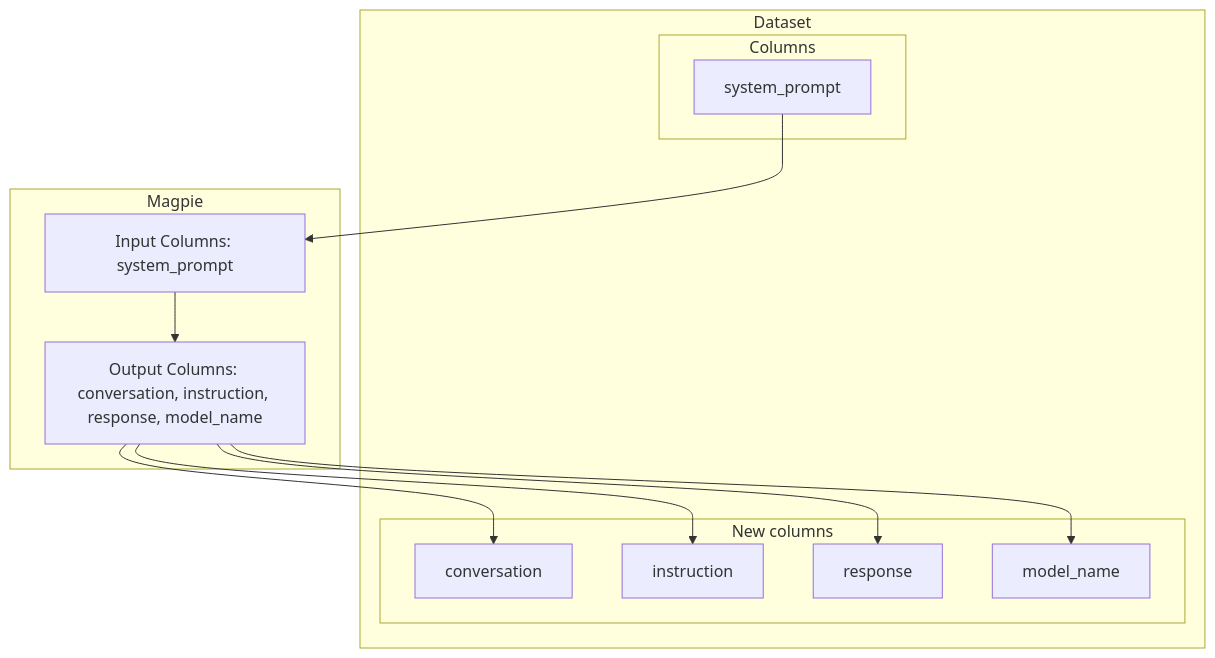
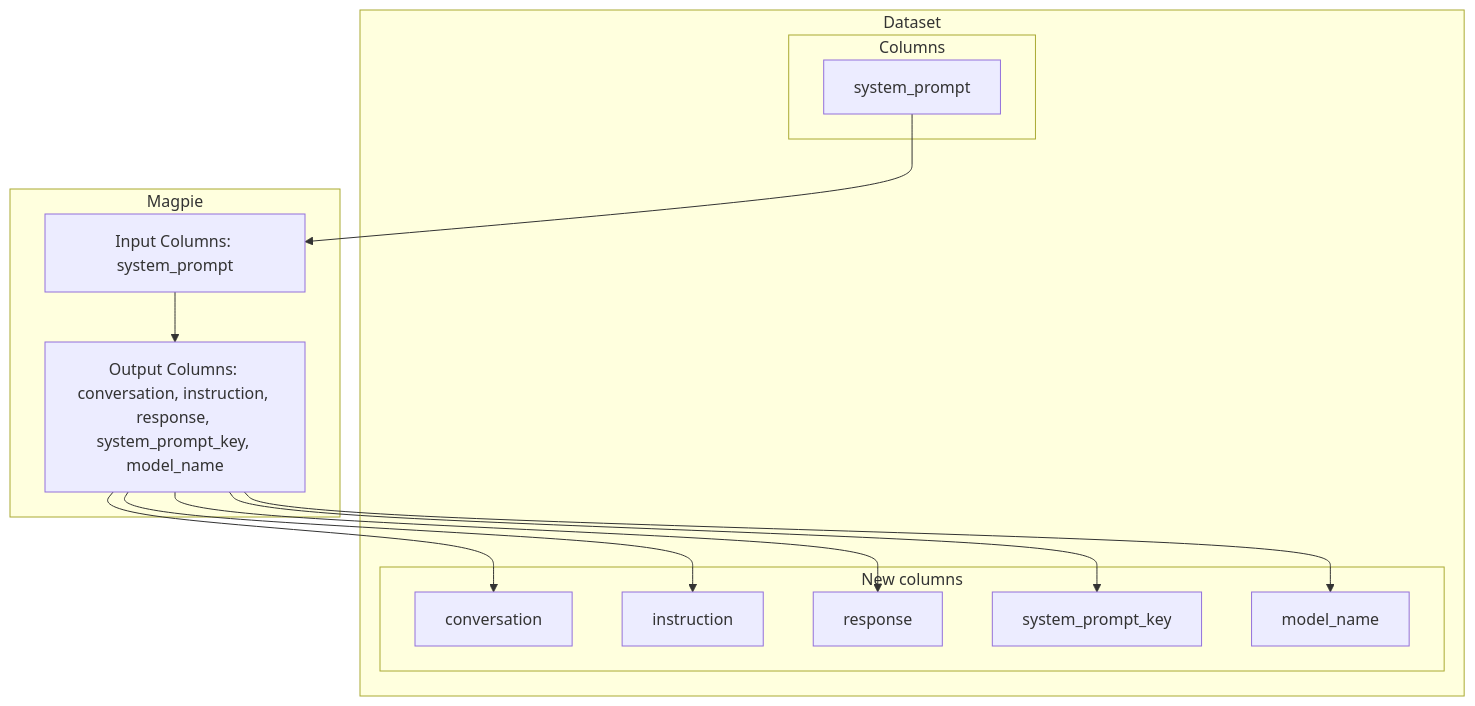
One commit to argilla-io/distilabel changed the diagram in dev/components-gallery/tasks/magpie.md. Above: the diagram before and after it, drawn with Mermaid. The commit also changed other lines of this file and 6 other files, not shown here.

````diff
--- a/dev/components-gallery/tasks/magpie.md
+++ b/dev/components-gallery/tasks/magpie.md
@@ -58,27 +58,29 @@
 ``` mermaid
 graph TD
 	subgraph Dataset
 		subgraph Columns
 			ICOL0[system_prompt]
 		end
 		subgraph New columns
 			OCOL0[conversation]
 			OCOL1[instruction]
 			OCOL2[response]
-			OCOL3[model_name]
+			OCOL3[system_prompt_key]
+			OCOL4[model_name]
 		end
 	end
 
 	subgraph Magpie
 		StepInput[Input Columns: system_prompt]
-		StepOutput[Output Columns: conversation, instruction, response, model_name]
+		StepOutput[Output Columns: conversation, instruction, response, system_prompt_key, model_name]
 	end
 
 	ICOL0 --> StepInput
 	StepOutput --> OCOL0
 	StepOutput --> OCOL1
 	StepOutput --> OCOL2
 	StepOutput --> OCOL3
+	StepOutput --> OCOL4
 	StepInput --> StepOutput
 
 ```
````
